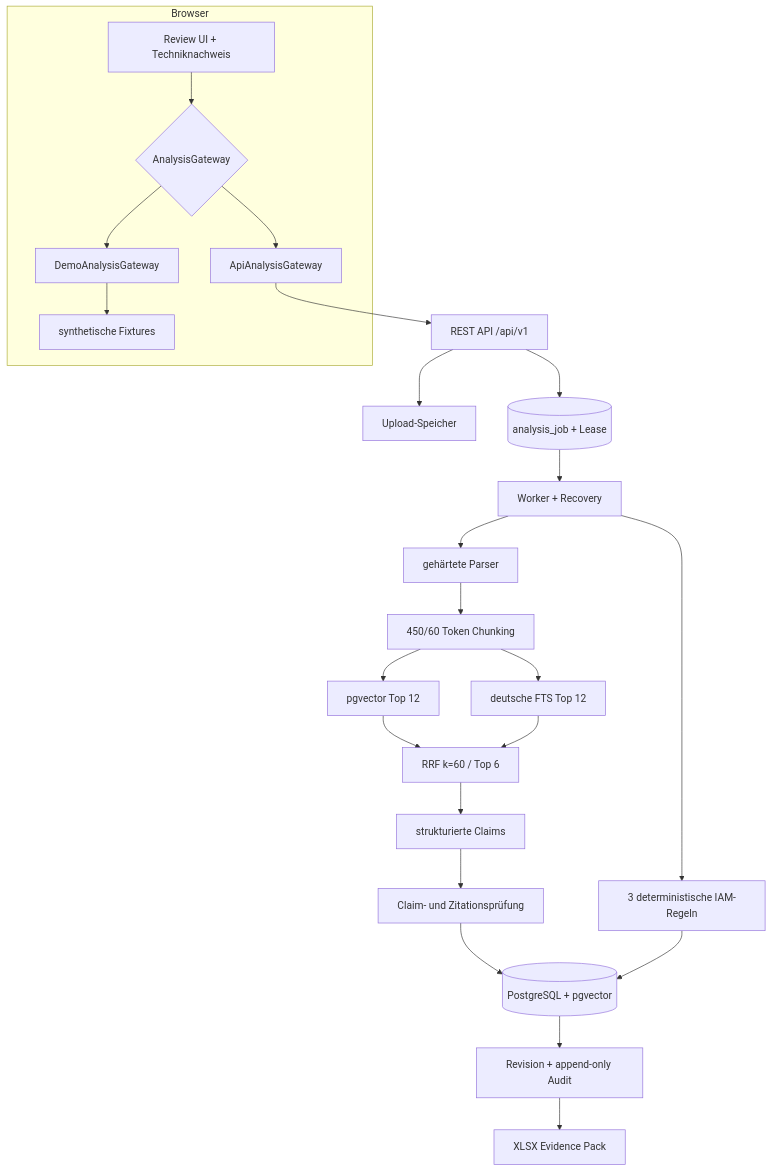
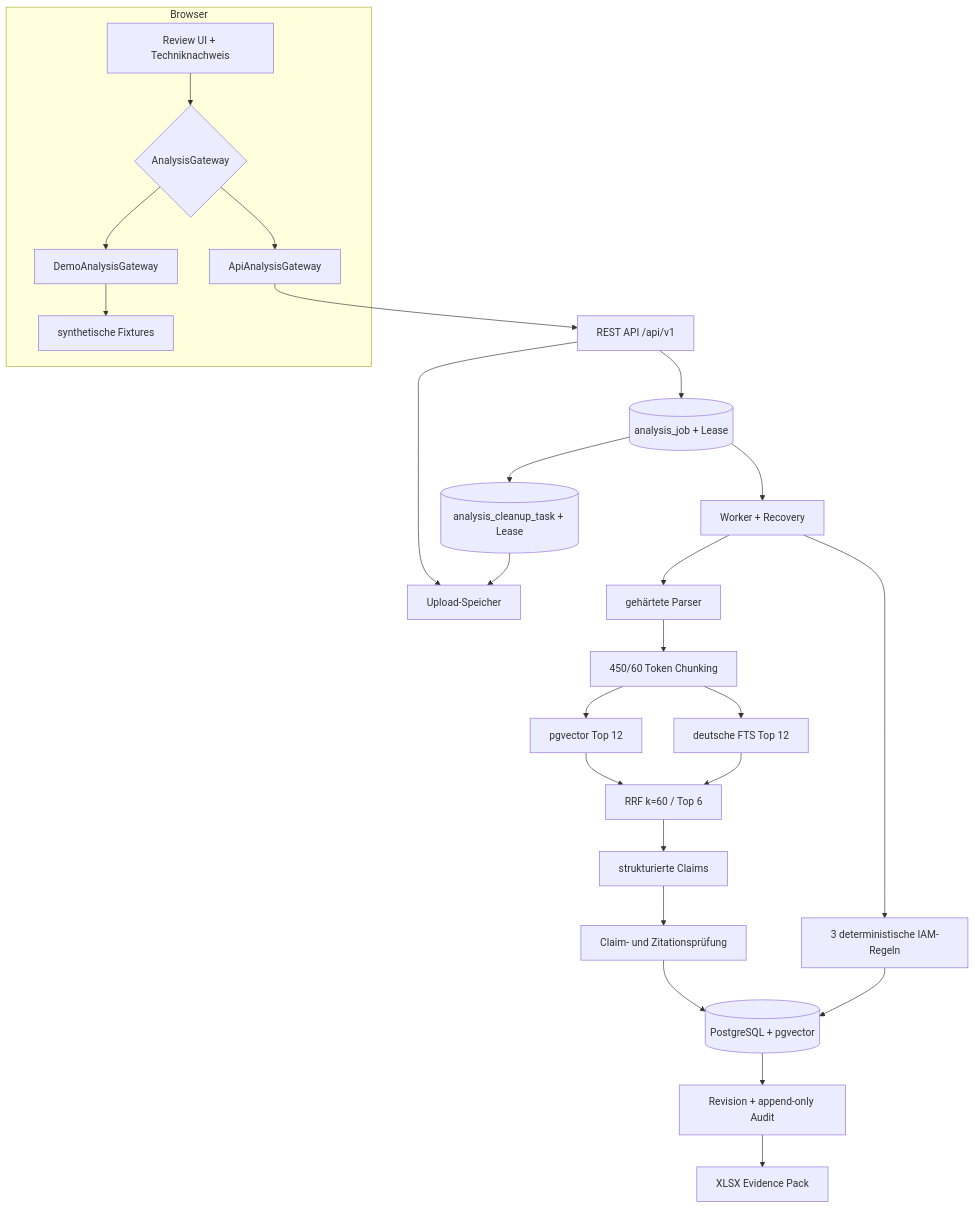
One commit to vxx2207/evidencerfp changed the diagram in docs/ARCHITECTURE.md. Above: the diagram before and after it, drawn with Mermaid. The commit also changed other lines of this file and 48 other files, not shown here.

````diff
--- a/docs/ARCHITECTURE.md
+++ b/docs/ARCHITECTURE.md
@@ -10,29 +10,31 @@
 ```mermaid
 flowchart TB
     subgraph Browser
         UI[Review UI + Techniknachweis]
         GW{AnalysisGateway}
         UI --> GW
         GW --> DEMO[DemoAnalysisGateway]
         GW --> LIVE[ApiAnalysisGateway]
         DEMO --> FIX[synthetische Fixtures]
     end
 
     LIVE --> API[REST API /api/v1]
     API --> STORE[Upload-Speicher]
     API --> JOB[(analysis_job + Lease)]
+    JOB --> CLEAN[(analysis_cleanup_task + Lease)]
+    CLEAN --> STORE
     JOB --> WORKER[Worker + Recovery]
     WORKER --> PARSE[gehärtete Parser]
     PARSE --> CHUNK[450/60 Token Chunking]
     CHUNK --> DENSE[pgvector Top 12]
     CHUNK --> FTS[deutsche FTS Top 12]
     DENSE --> RRF[RRF k=60 / Top 6]
     FTS --> RRF
     RRF --> GEN[strukturierte Claims]
     GEN --> VERIFY[Claim- und Zitationsprüfung]
     WORKER --> IAM[3 deterministische IAM-Regeln]
     VERIFY --> PG[(PostgreSQL + pgvector)]
     IAM --> PG
     PG --> REVIEW[Revision + append-only Audit]
     REVIEW --> XLSX[XLSX Evidence Pack]
 ```
````
